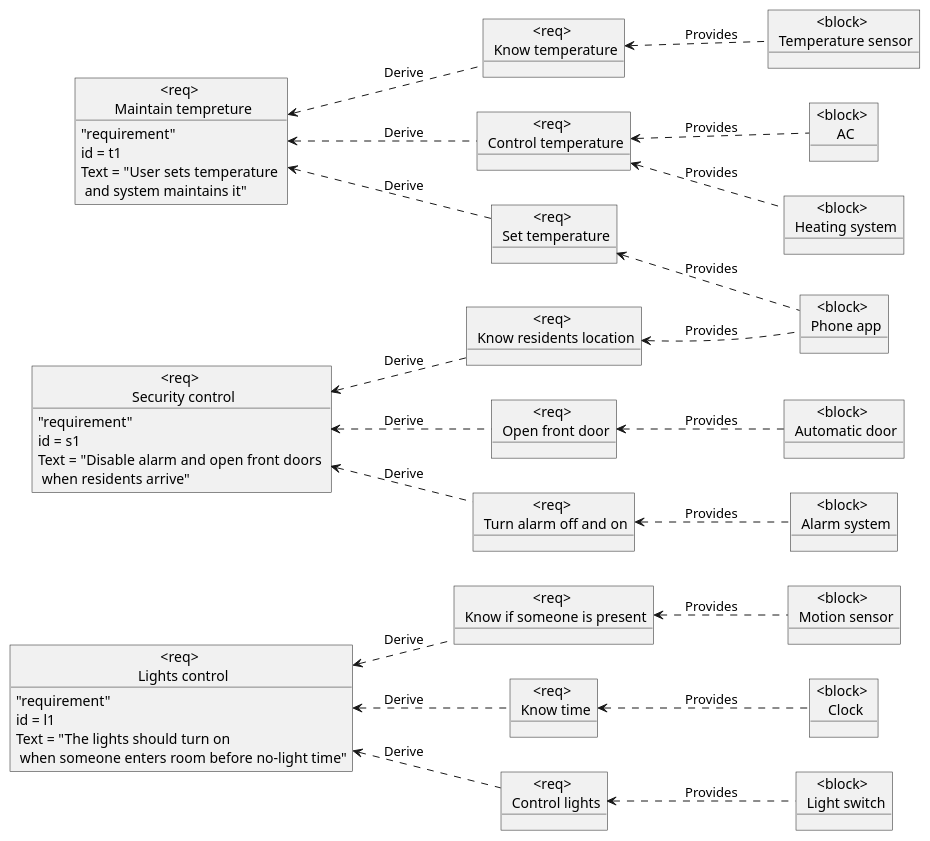
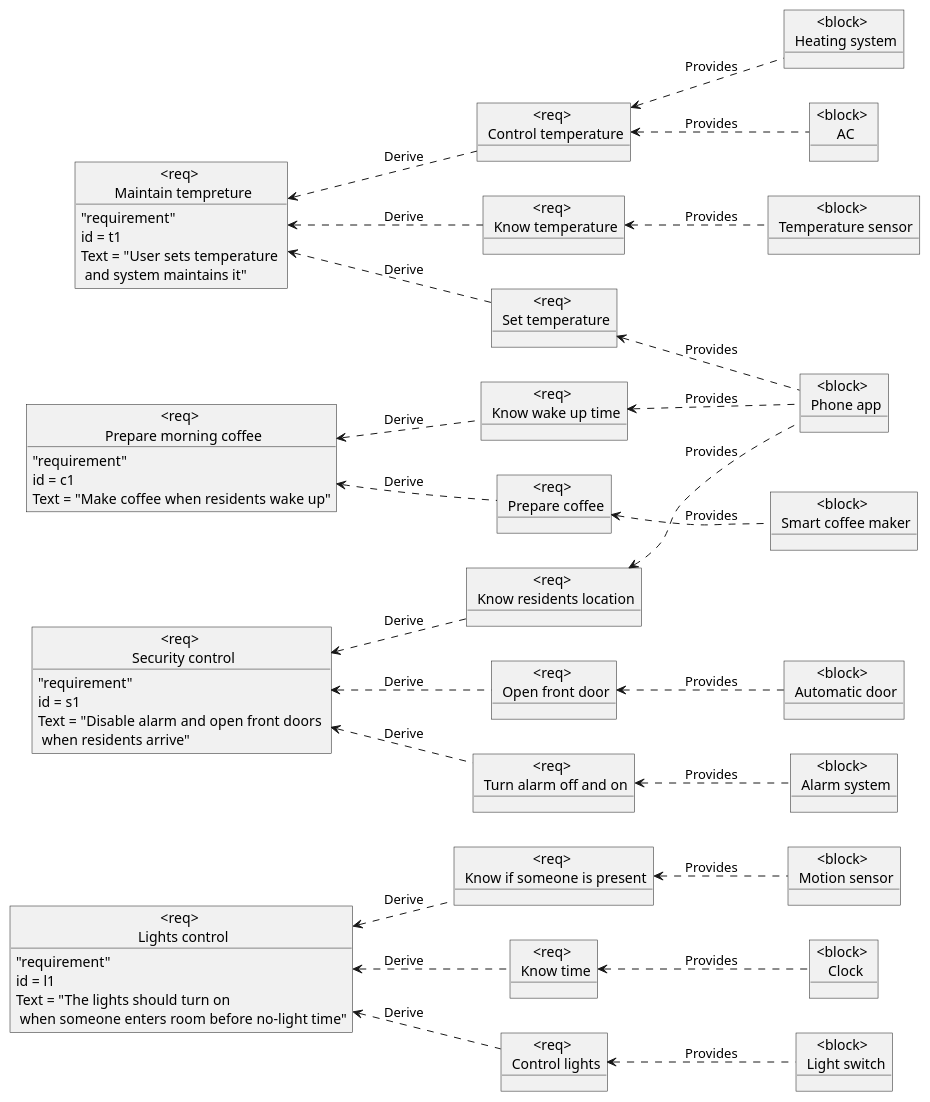
Before and after one commit to kiIIer/kpi-4: the diagram in system-engi/lab/lab-3-07.03.2023/req-diagram.puml, drawn with PlantUML.

Commit message:
prepare coffee

```diff
--- a/system-engi/lab/lab-3-07.03.2023/req-diagram.puml
+++ b/system-engi/lab/lab-3-07.03.2023/req-diagram.puml
@@ -1,76 +1,93 @@
 @startuml requirements
 left to right direction
 
 object "<req> \n Lights control" as light{
     "requirement"
     id = l1
     Text = "The lights should turn on \n when someone enters room before no-light time"
 }
 
 object "<req> \n Know if someone is present" as lir1
 object "<block> \n Motion sensor" as motionS
 
 light <.. lir1 : Derive
 lir1 <.. motionS : Provides
 
 object "<req> \n Know time" as lir2
 object "<block> \n Clock" as clock
 
 light <.. lir2 : Derive
 lir2 <.. clock : Provides
 
 object "<req> \n Control lights" as lir3
 object "<block> \n Light switch" as LSwitch
 
 light <.. lir3 : Derive
 lir3 <.. LSwitch : Provides
 
 object "<req> \n Maintain tempreture" as temperature {
     "requirement"
     id = t1
     Text = "User sets temperature \n and system maintains it"
 }
 
 object "<req> \n Know temperature" as temr1
 object "<block> \n Temperature sensor" as TSensor
 
 temperature <.. temr1 : Derive
 temr1 <.. TSensor : Provides
 
 object "<req> \n Control temperature" as temr2
 object "<block> \n AC" as ac
 object "<block> \n Heating system" as heating
 
 temperature <.. temr2 : Derive
 temr2 <.. ac : Provides
 temr2 <.. heating : Provides
 
 object "<req> \n Set temperature" as temr3
 object "<block> \n Phone app" as phone
 
 temperature <.. temr3 : Derive
 temr3 <.. phone : Provides
 
 object "<req> \n Security control" as security{
     "requirement"
     id = s1
     Text = "Disable alarm and open front doors \n when residents arrive"
 }
 
 object "<req> \n Know residents location" as secr1
 
 security <.. secr1 : Derive
 secr1 <.. phone : Provides
 
 object "<req> \n Open front door" as secr2
 object "<block> \n Automatic door" as door
 
 security <.. secr2 : Derive
 secr2 <.. door : Provides
 
 object "<req> \n Turn alarm off and on" as secr3
 object "<block> \n Alarm system" as alarm
 
 security <.. secr3 : Derive
 secr3 <.. alarm : Provides
+
+object "<req> \n Prepare morning coffee" as coffee {
+    "requirement"
+    id = c1
+    Text = "Make coffee when residents wake up"
+}
+
+object "<req> \n Prepare coffee" as cr1
+object "<block> \n Smart coffee maker" as coffeeMaker
+
+coffee <.. cr1 : Derive
+cr1 <.. coffeeMaker : Provides
+
+object "<req> \n Know wake up time" as cr2
+
+coffee <.. cr2 : Derive
+cr2 <.. phone : Provides
 @enduml
```
